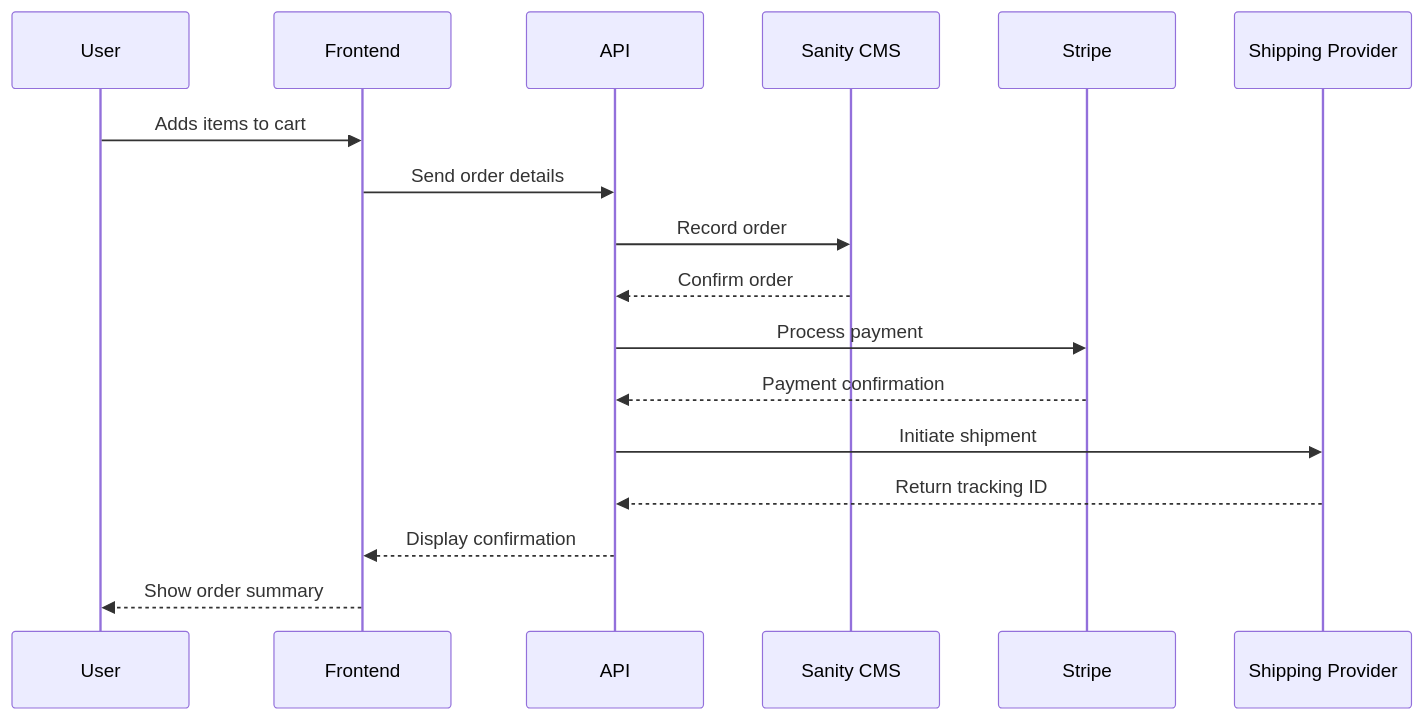
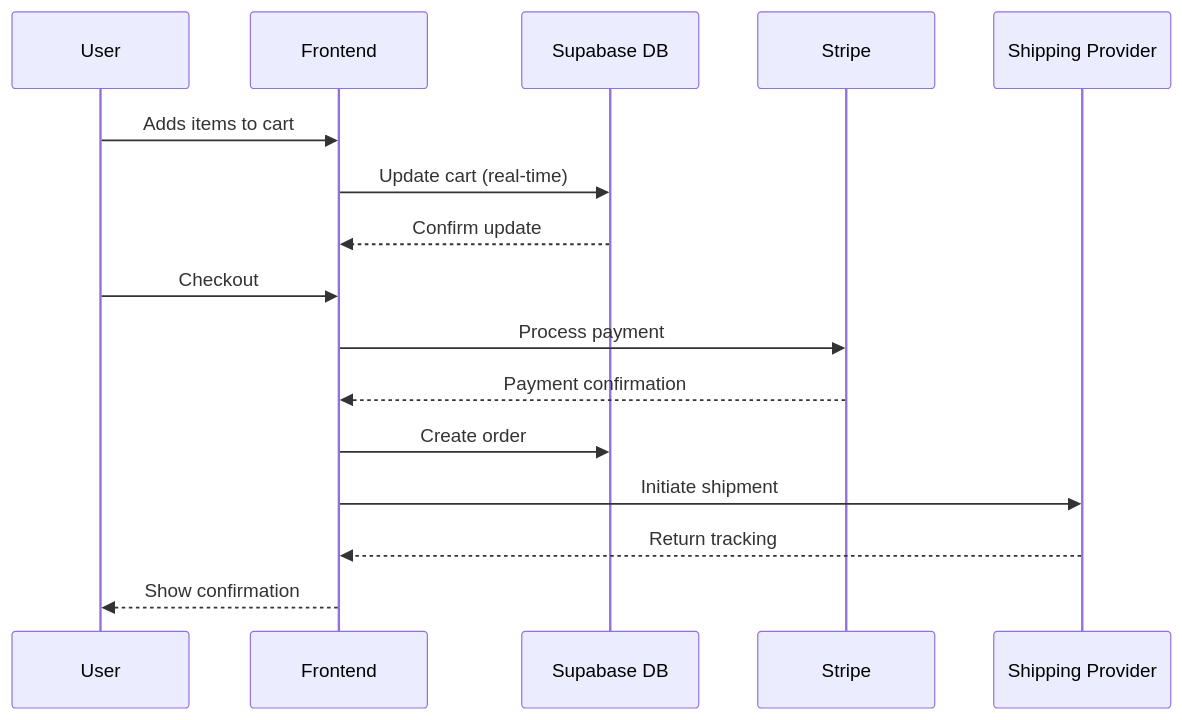
One commit to Zain-Ul-Abideen00/premium-lifestyle-footwear-marketplace changed the fourth of 4 diagrams in Day2/README.md. Above: the diagram before and after it, drawn with Mermaid. The commit also changed other lines of this file and 21 other files, not shown here.

````diff
--- a/Day2/README.md
+++ b/Day2/README.md
@@ -110,20 +120,19 @@
 ```mermaid
 sequenceDiagram
     participant U as User
     participant F as Frontend
-    participant A as API
-    participant S as Sanity CMS
+    participant D as Supabase DB
     participant STRIPE as Stripe
     participant SHIP as Shipping Provider
 
     U->>F: Adds items to cart
-    F->>A: Send order details
-    A->>S: Record order
-    S-->>A: Confirm order
-    A->>STRIPE: Process payment
-    STRIPE-->>A: Payment confirmation
-    A->>SHIP: Initiate shipment
-    SHIP-->>A: Return tracking ID
-    A-->>F: Display confirmation
-    F-->>U: Show order summary
+    F->>D: Update cart (real-time)
+    D-->>F: Confirm update
+    U->>F: Checkout
+    F->>STRIPE: Process payment
+    STRIPE-->>F: Payment confirmation
+    F->>D: Create order
+    F->>SHIP: Initiate shipment
+    SHIP-->>F: Return tracking
+    F-->>U: Show confirmation
 ```
````
